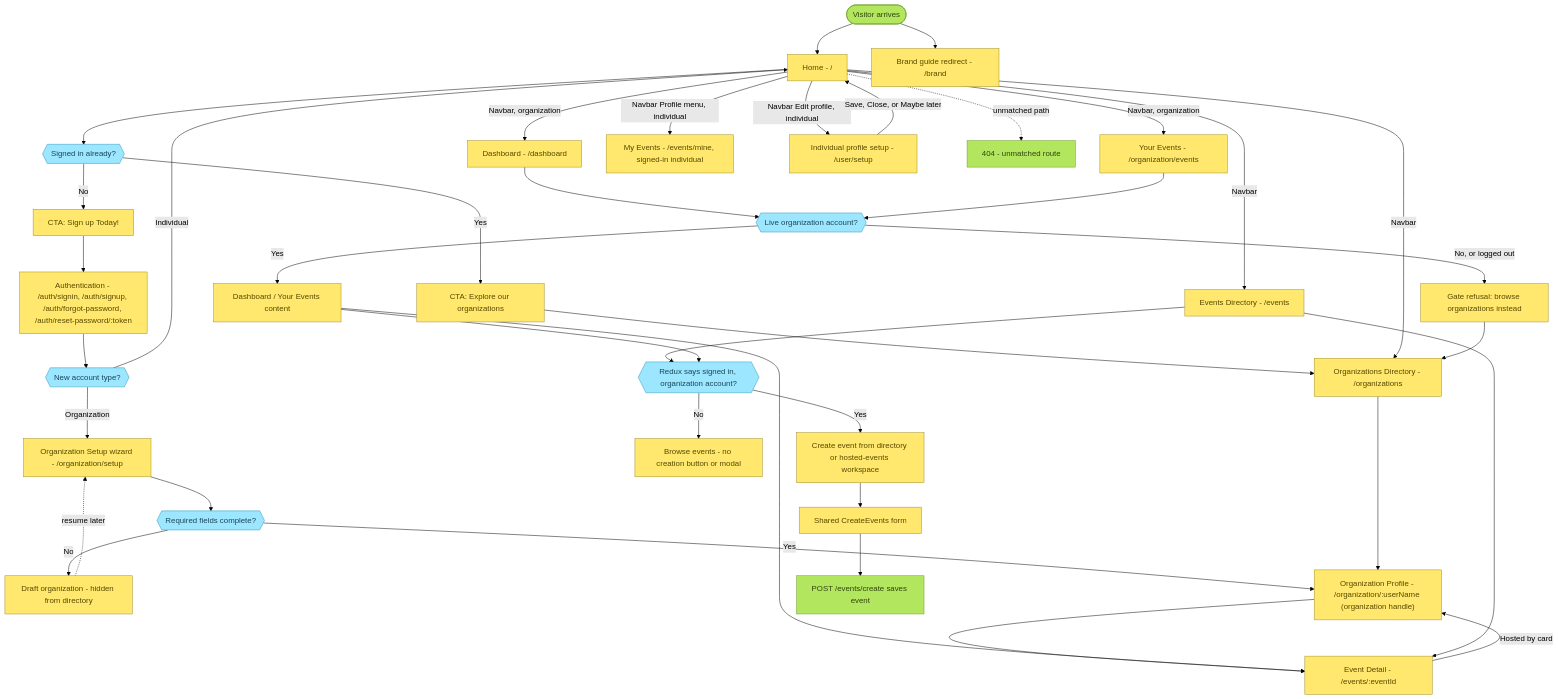
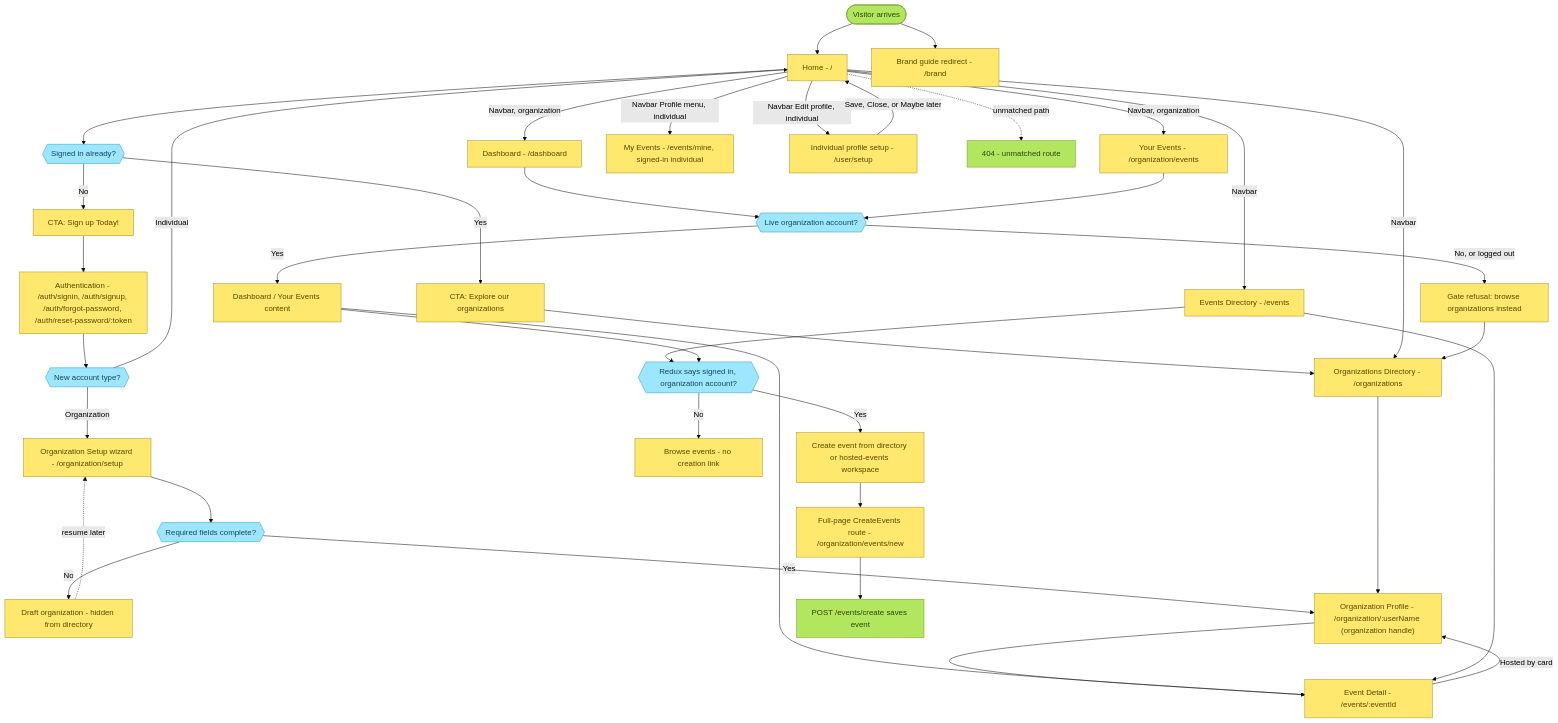
One commit to karmacircleCommunity/KarmaCircle changed the first of 7 diagrams in docs/specs/user-flows.md. Above: the diagram before and after it, drawn with Mermaid (forest theme). The commit also changed other lines of this file and 17 other files, not shown here.

First line of the commit message:
feat(events): complete create-event form, validation and docs

````diff
--- a/docs/specs/user-flows.md
+++ b/docs/specs/user-flows.md
@@ -22,74 +22,74 @@
 ```mermaid
 flowchart TD
     classDef general fill:#FFE86D,stroke:#A28E26,color:#574900
     classDef decision fill:#9CE6FF,stroke:#2C97BB,color:#1C4657
     classDef terminator fill:#B3E65F,stroke:#6E9A24,color:#2F440B
 
     start(["Visitor arrives"]):::terminator
     home["Home - /"]:::general
     cta{{"Signed in already?"}}:::decision
     cta_signup["CTA: Sign up Today!"]:::general
     cta_explore["CTA: Explore our organizations"]:::general
     auth["Authentication - /auth/signin, /auth/signup, /auth/forgot-password, /auth/reset-password/:token"]:::general
     brand_redirect["Brand guide redirect - /brand"]:::general
     acct_type{{"New account type?"}}:::decision
     org_setup["Organization Setup wizard - /organization/setup"]:::general
     org_live{{"Required fields complete?"}}:::decision
     org_draft["Draft organization - hidden from directory"]:::general
     orgs_dir["Organizations Directory - /organizations"]:::general
     org_profile["Organization Profile - /organization/:userName (organization handle)"]:::general
     org_dashboard["Dashboard - /dashboard"]:::general
     org_events_admin["Your Events - /organization/events"]:::general
     my_events["My Events - /events/mine, signed-in individual"]:::general
     org_gate{{"Live organization account?"}}:::decision
     gate_refuse["Gate refusal: browse organizations instead"]:::general
     gate_pass["Dashboard / Your Events content"]:::general
     events_dir["Events Directory - /events"]:::general
     event_detail["Event Detail - /events/:eventId"]:::general
     create_access{{"Redux says signed in, organization account?"}}:::decision
-    create_hidden["Browse events - no creation button or modal"]:::general
+    create_hidden["Browse events - no creation link"]:::general
     create_event["Create event from directory or hosted-events workspace"]:::general
-    create_form["Shared CreateEvents form"]:::general
+    create_form["Full-page CreateEvents route - /organization/events/new"]:::general
     create_saved["POST /events/create saves event"]:::terminator
     personal_setup["Individual profile setup - /user/setup"]:::general
     not_found["404 - unmatched route"]:::terminator
 
     start --> home
     start --> brand_redirect
     home --> cta
     cta -->|"No"| cta_signup
     cta -->|"Yes"| cta_explore
     cta_signup --> auth
     cta_explore --> orgs_dir
     home -->|"Navbar"| orgs_dir
     home -->|"Navbar"| events_dir
     home -->|"Navbar, organization"| org_dashboard
     home -->|"Navbar, organization"| org_events_admin
     home -->|"Navbar Edit profile, individual"| personal_setup
     home -->|"Navbar Profile menu, individual"| my_events
     auth --> acct_type
     acct_type -->|"Individual"| home
     acct_type -->|"Organization"| org_setup
     org_setup --> org_live
     org_live -->|"No"| org_draft
     org_live -->|"Yes"| org_profile
     org_draft -.->|"resume later"| org_setup
     orgs_dir --> org_profile
     org_profile --> event_detail
     org_dashboard --> org_gate
     org_events_admin --> org_gate
     org_gate -->|"No, or logged out"| gate_refuse
     gate_refuse --> orgs_dir
     org_gate -->|"Yes"| gate_pass
     gate_pass --> event_detail
     events_dir --> event_detail
     events_dir --> create_access
     gate_pass --> create_access
     create_access -->|"Yes"| create_event
     create_access -->|"No"| create_hidden
     create_event --> create_form
     create_form --> create_saved
     event_detail -->|"Hosted by card"| org_profile
     personal_setup -->|"Save, Close, or Maybe later"| home
     home -.->|"unmatched path"| not_found
 ```
````
